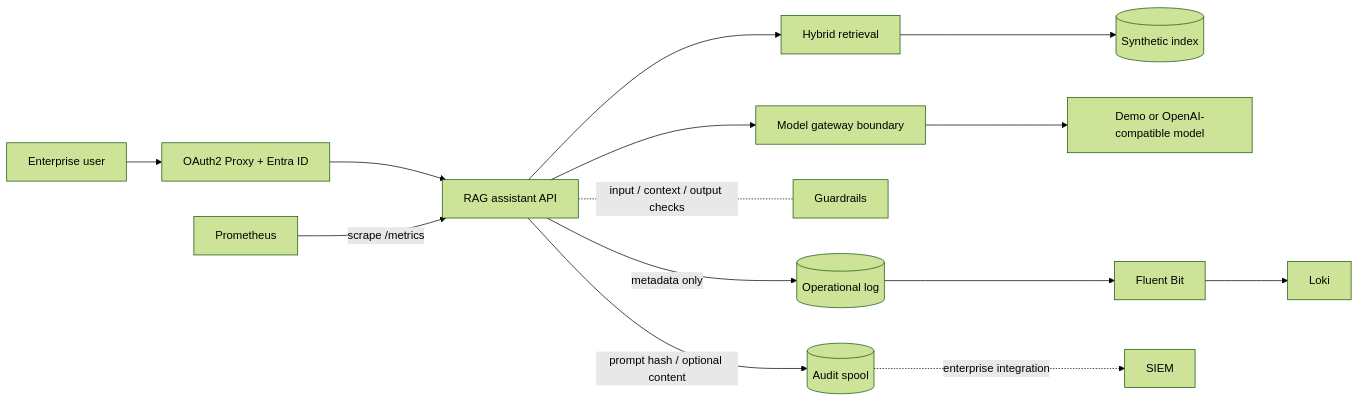
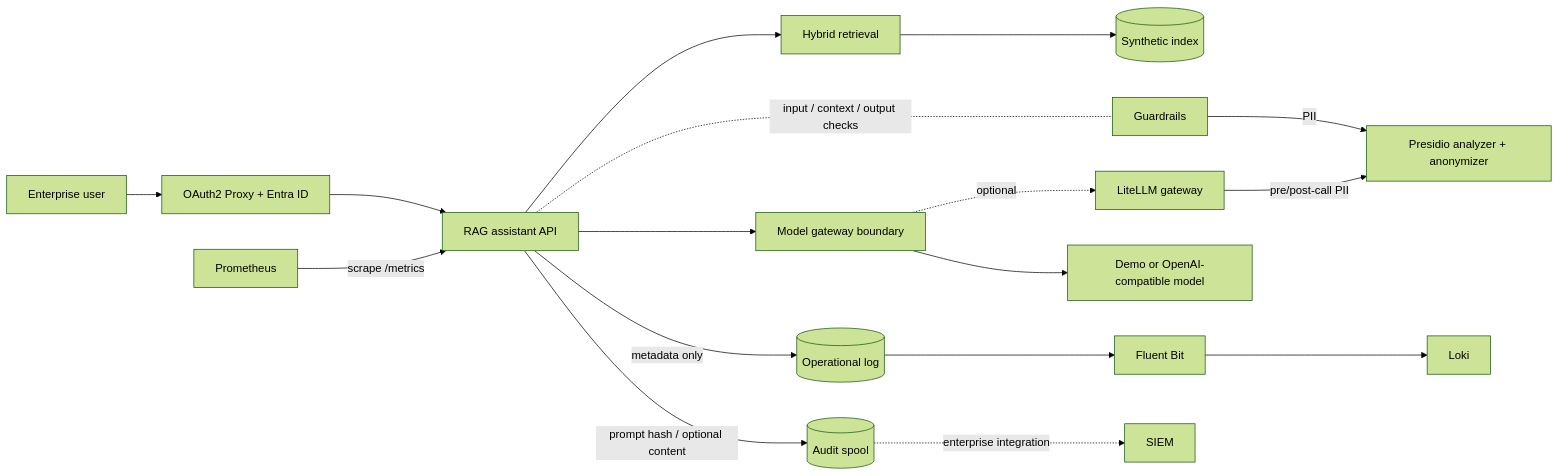
Before and after one commit to GoshaMareev/secure-llm-platform-reference: the diagram in README.md, drawn with Mermaid (forest theme). The commit also changed other lines of this file and 15 other files, not shown here.

First line of the commit message:
Run Presidio as shared services for the API and the LiteLLM gateway

````diff
--- a/README.md
+++ b/README.md
@@ -23,19 +23,22 @@
 ```mermaid
 flowchart LR
     U[Enterprise user] --> AUTH[OAuth2 Proxy + Entra ID]
     AUTH --> API[RAG assistant API]
     API --> R[Hybrid retrieval]
     R --> IDX[(Synthetic index)]
     API --> G[Model gateway boundary]
     API -. input / context / output checks .- GR[Guardrails]
+    GR -- PII --> PR[Presidio analyzer + anonymizer]
+    G -. optional .-> LL[LiteLLM gateway]
+    LL -- pre/post-call PII --> PR
     G --> M[Demo or OpenAI-compatible model]
 
     API -- metadata only --> OP[(Operational log)]
     OP --> FB[Fluent Bit]
     FB --> L[Loki]
 
     API -- prompt hash / optional content --> AU[(Audit spool)]
     AU -. enterprise integration .-> SIEM[SIEM]
 
     P[Prometheus] -->|scrape /metrics| API
 ```
````
